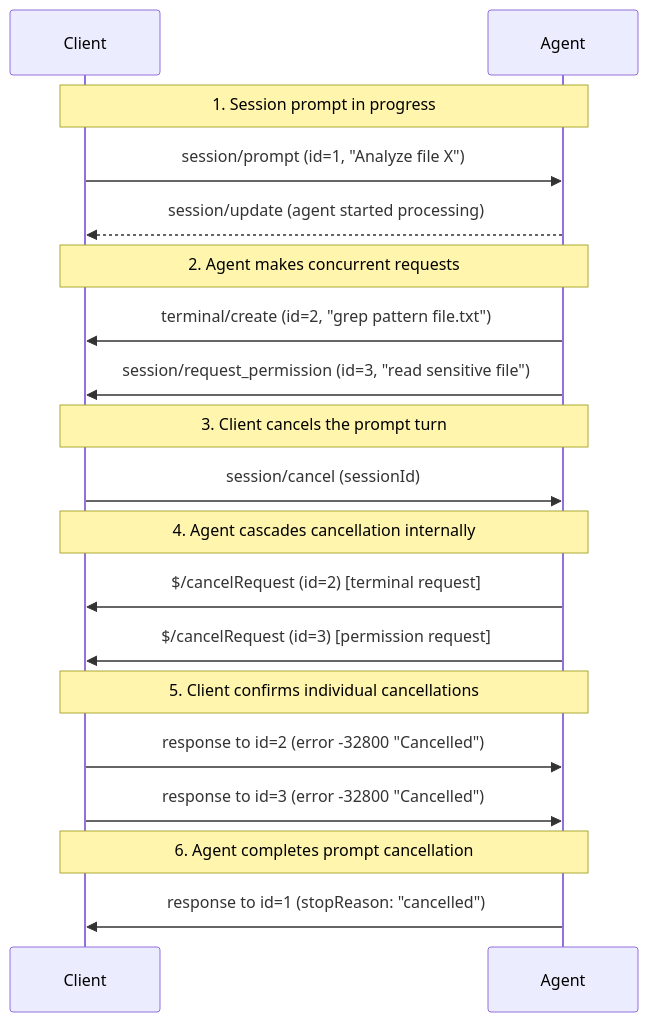
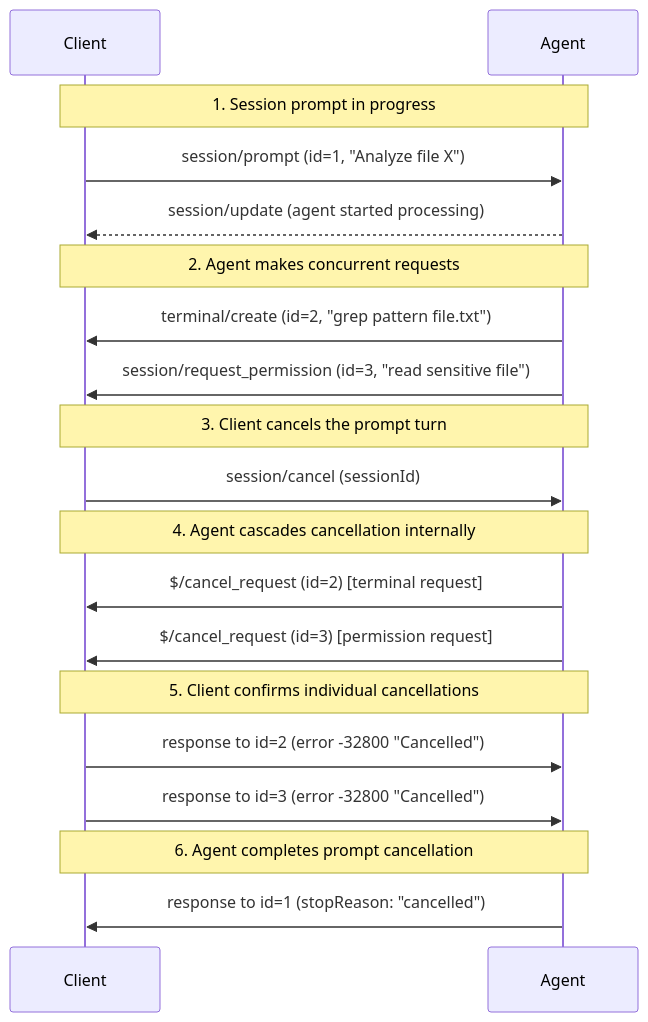
One commit to dayanruben/agent-client-protocol changed the diagram in docs/rfds/request-cancellation.mdx. Above: the diagram before and after it, drawn with Mermaid. The commit also changed other lines of this file and 11 other files, not shown here.

First line of the commit message:
feat(unstable): Draft implementation of `$/cancel_request` notification (#303)

````diff
--- a/docs/rfds/request-cancellation.mdx
+++ b/docs/rfds/request-cancellation.mdx
@@ -179,27 +144,27 @@
 ```mermaid
 sequenceDiagram
     participant Client
     participant Agent
 
     Note over Client,Agent: 1. Session prompt in progress
     Client->>Agent: session/prompt (id=1, "Analyze file X")
     Agent-->>Client: session/update (agent started processing)
 
     Note over Client,Agent: 2. Agent makes concurrent requests
     Agent->>Client: terminal/create (id=2, "grep pattern file.txt")
     Agent->>Client: session/request_permission (id=3, "read sensitive file")
 
     Note over Client,Agent: 3. Client cancels the prompt turn
     Client->>Agent: session/cancel (sessionId)
 
     Note over Client,Agent: 4. Agent cascades cancellation internally
-    Agent->>Client: $/cancelRequest (id=2) [terminal request]
-    Agent->>Client: $/cancelRequest (id=3) [permission request]
+    Agent->>Client: $/cancel_request (id=2) [terminal request]
+  Agent->>Client: $/cancel_request (id=3) [permission request]
 
     Note over Client,Agent: 5. Client confirms individual cancellations
     Client->>Agent: response to id=2 (error -32800 "Cancelled")
     Client->>Agent: response to id=3 (error -32800 "Cancelled")
 
     Note over Client,Agent: 6. Agent completes prompt cancellation
     Agent->>Client: response to id=1 (stopReason: "cancelled")
 ```
````
